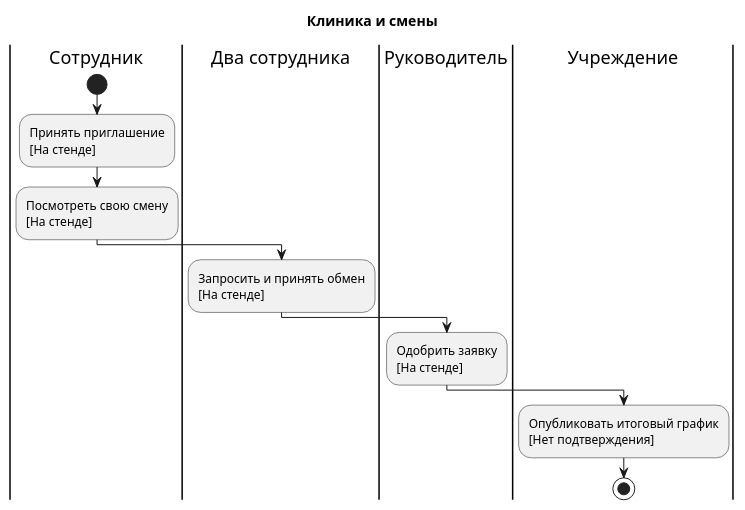
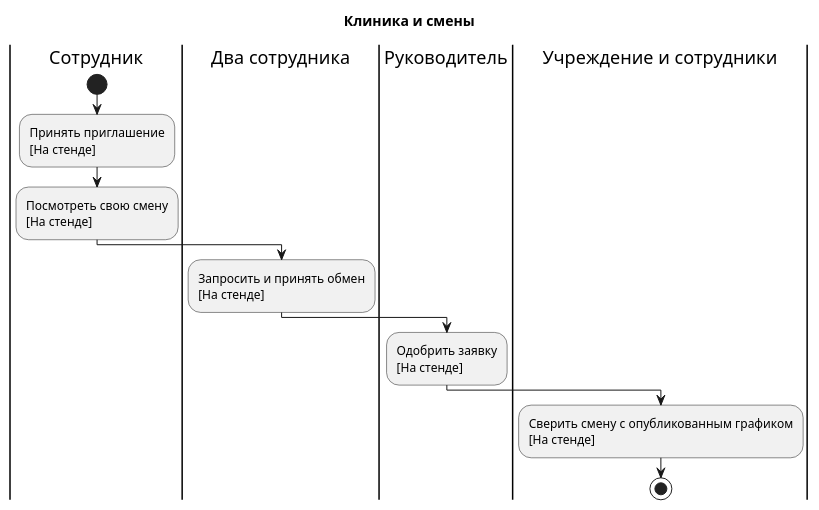
The fifth of 10 diagrams in medbook-full.puml (medbookdev/medbook-readiness), drawn with PlantUML before and after one commit. The commit also changed 11 other files, not shown here.

```diff
--- a/medbook-full.puml
+++ b/medbook-full.puml
@@ -97,17 +97,17 @@
 @startuml medbook-staff
 skinparam shadowing false
 title Клиника и смены
 |Сотрудник|
 start
 |Сотрудник|
 :Принять приглашение\n[На стенде];
 |Сотрудник|
 :Посмотреть свою смену\n[На стенде];
 |Два сотрудника|
 :Запросить и принять обмен\n[На стенде];
 |Руководитель|
 :Одобрить заявку\n[На стенде];
-|Учреждение|
-:Опубликовать итоговый график\n[Нет подтверждения];
+|Учреждение и сотрудники|
+:Сверить смену с опубликованным графиком\n[На стенде];
 stop
 @enduml
```
